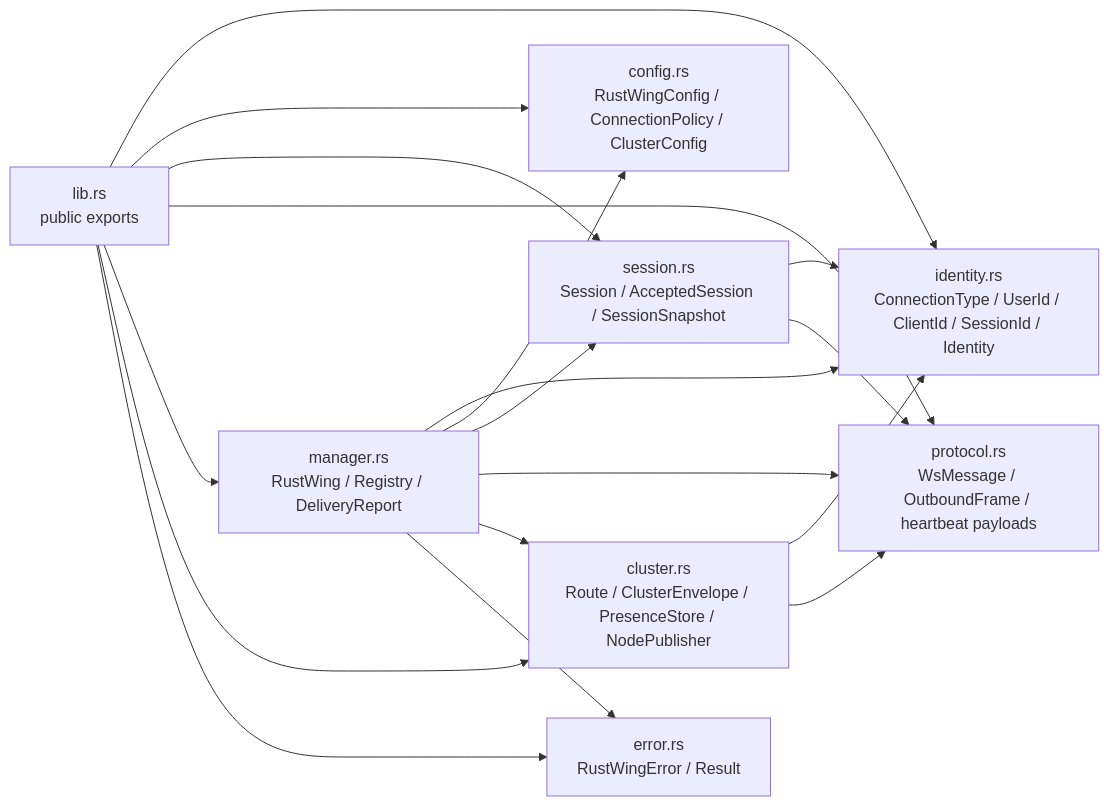
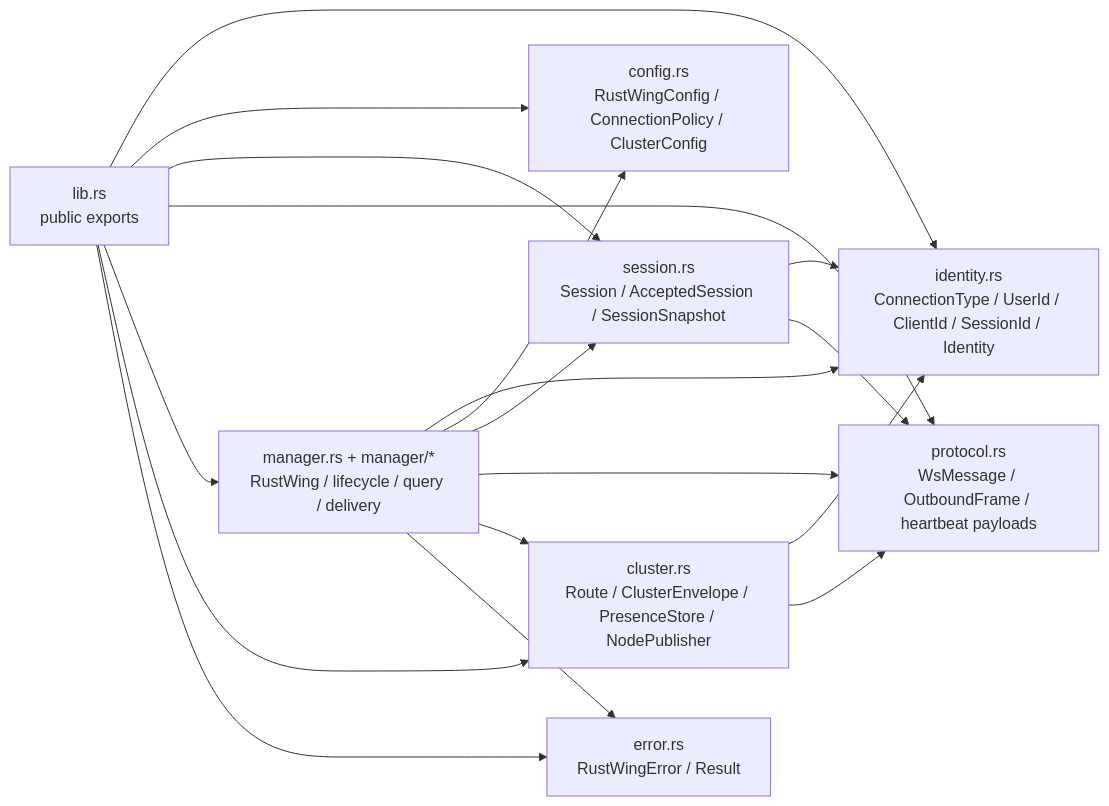
The second of 9 diagrams in docs/source-architecture.md (Zany2/rust-wing), drawn with Mermaid before and after one commit. The commit also changed other lines of this file and 34 other files, not shown here.

````diff
--- a/docs/source-architecture.md
+++ b/docs/source-architecture.md
@@ -25,31 +29,31 @@
 ```mermaid
 flowchart LR
     Lib["lib.rs<br/>public exports"]
     Identity["identity.rs<br/>ConnectionType / UserId / ClientId / SessionId / Identity"]
     Config["config.rs<br/>RustWingConfig / ConnectionPolicy / ClusterConfig"]
     Session["session.rs<br/>Session / AcceptedSession / SessionSnapshot"]
     Protocol["protocol.rs<br/>WsMessage / OutboundFrame / heartbeat payloads"]
-    Manager["manager.rs<br/>RustWing / Registry / DeliveryReport"]
+    Manager["manager.rs + manager/*<br/>RustWing / lifecycle / query / delivery"]
     Cluster["cluster.rs<br/>Route / ClusterEnvelope / PresenceStore / NodePublisher"]
     Error["error.rs<br/>RustWingError / Result"]
 
     Lib --> Identity
     Lib --> Config
     Lib --> Session
     Lib --> Protocol
     Lib --> Manager
     Lib --> Cluster
     Lib --> Error
 
     Manager --> Identity
     Manager --> Config
     Manager --> Session
     Manager --> Protocol
     Manager --> Cluster
     Manager --> Error
 
     Session --> Identity
     Session --> Protocol
     Cluster --> Identity
     Cluster --> Protocol
 ```
````
